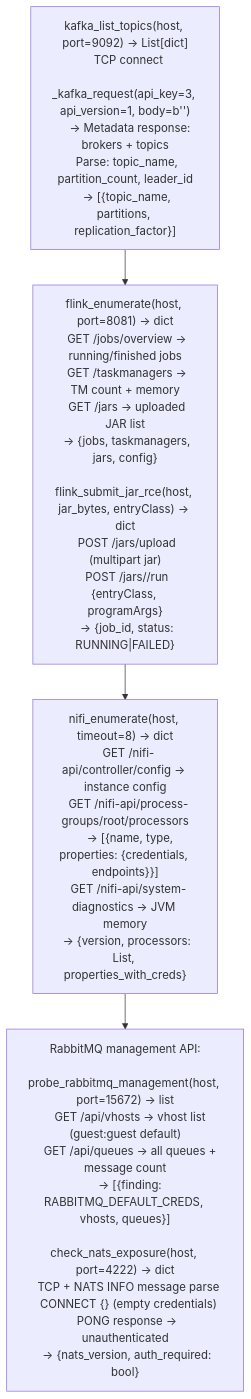
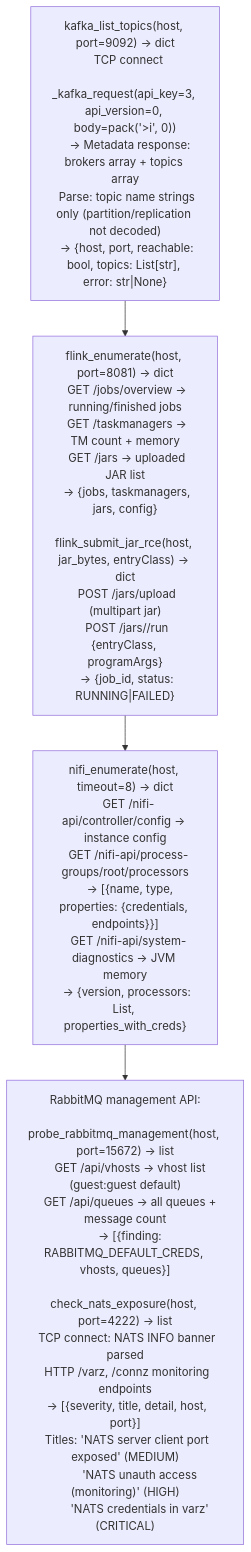
Before and after one commit to Ablation-Tool/ablation: the diagram in docs/reference-modules/messaging-streaming-enumeration.md, drawn with Mermaid. The commit also changed other lines of this file and 2 other files, not shown here.

First line of the commit message:
docs: fix cluster-management, rsa-ecdsa, messaging-streaming API accuracy

````diff
--- a/docs/reference-modules/messaging-streaming-enumeration.md
+++ b/docs/reference-modules/messaging-streaming-enumeration.md
@@ -19,6 +19,6 @@
 ```mermaid
 flowchart TD
-    A["kafka_list_topics(host, port=9092) → List[dict]\n  TCP connect\n  _kafka_request(api_key=3, api_version=1, body=b'')\n    → Metadata response: brokers + topics\n  Parse: topic_name, partition_count, leader_id\n  → [{topic_name, partitions, replication_factor}]"] --> B["flink_enumerate(host, port=8081) → dict\n  GET /jobs/overview → running/finished jobs\n  GET /taskmanagers → TM count + memory\n  GET /jars → uploaded JAR list\n  → {jobs, taskmanagers, jars, config}\n\nflink_submit_jar_rce(host, jar_bytes, entryClass) → dict\n  POST /jars/upload (multipart jar)\n  POST /jars/<id>/run {entryClass, programArgs}\n  → {job_id, status: RUNNING|FAILED}"]
+    A["kafka_list_topics(host, port=9092) → dict\n  TCP connect\n  _kafka_request(api_key=3, api_version=0, body=pack('>i', 0))\n    → Metadata response: brokers array + topics array\n  Parse: topic name strings only (partition/replication not decoded)\n  → {host, port, reachable: bool, topics: List[str], error: str|None}"] --> B["flink_enumerate(host, port=8081) → dict\n  GET /jobs/overview → running/finished jobs\n  GET /taskmanagers → TM count + memory\n  GET /jars → uploaded JAR list\n  → {jobs, taskmanagers, jars, config}\n\nflink_submit_jar_rce(host, jar_bytes, entryClass) → dict\n  POST /jars/upload (multipart jar)\n  POST /jars/<id>/run {entryClass, programArgs}\n  → {job_id, status: RUNNING|FAILED}"]
     B --> C["nifi_enumerate(host, timeout=8) → dict\n  GET /nifi-api/controller/config → instance config\n  GET /nifi-api/process-groups/root/processors\n    → [{name, type, properties: {credentials, endpoints}}]\n  GET /nifi-api/system-diagnostics → JVM memory\n  → {version, processors: List, properties_with_creds}"]
-    C --> D["RabbitMQ management API:\n  probe_rabbitmq_management(host, port=15672) → list\n    GET /api/vhosts → vhost list (guest:guest default)\n    GET /api/queues → all queues + message count\n    → [{finding: RABBITMQ_DEFAULT_CREDS, vhosts, queues}]\n\ncheck_nats_exposure(host, port=4222) → dict\n  TCP + NATS INFO message parse\n  CONNECT {} (empty credentials)\n  PONG response → unauthenticated\n  → {nats_version, auth_required: bool}"]
+    C --> D["RabbitMQ management API:\n  probe_rabbitmq_management(host, port=15672) → list\n    GET /api/vhosts → vhost list (guest:guest default)\n    GET /api/queues → all queues + message count\n    → [{finding: RABBITMQ_DEFAULT_CREDS, vhosts, queues}]\n\ncheck_nats_exposure(host, port=4222) → list\n  TCP connect: NATS INFO banner parsed\n  HTTP /varz, /connz monitoring endpoints\n  → [{severity, title, detail, host, port}]\n  Titles: 'NATS server client port exposed' (MEDIUM)\n          'NATS unauth access (monitoring)' (HIGH)\n          'NATS credentials in varz' (CRITICAL)"]
 ```
````
